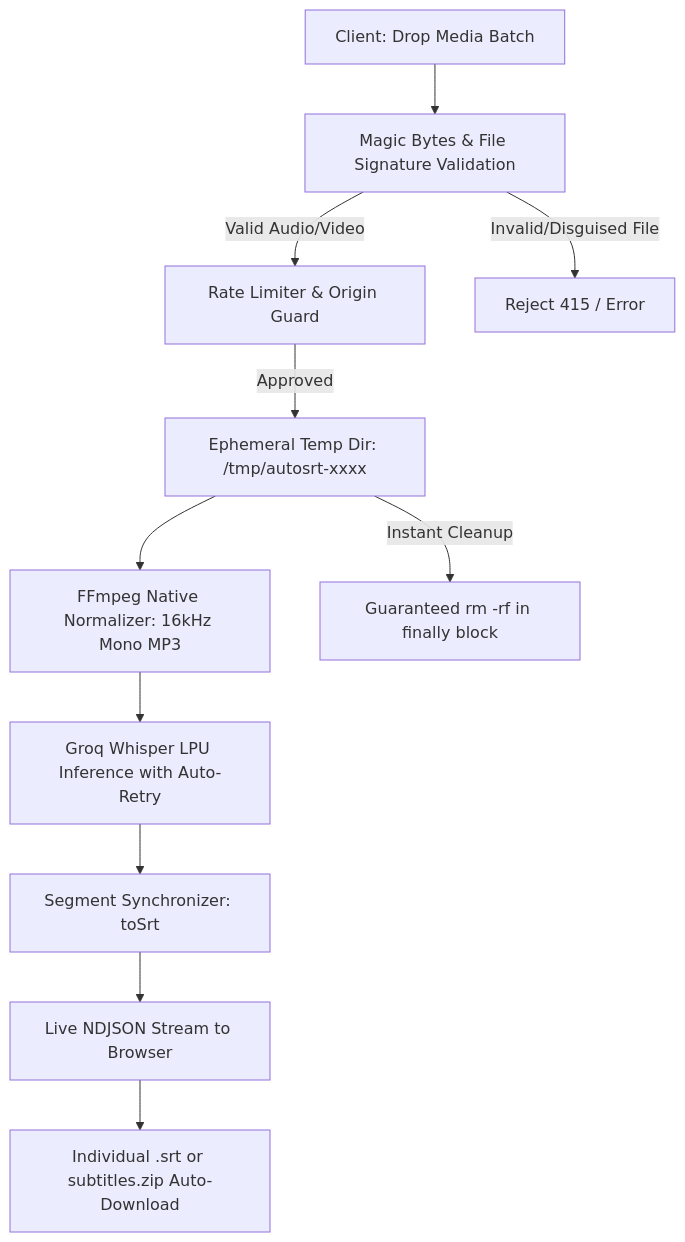
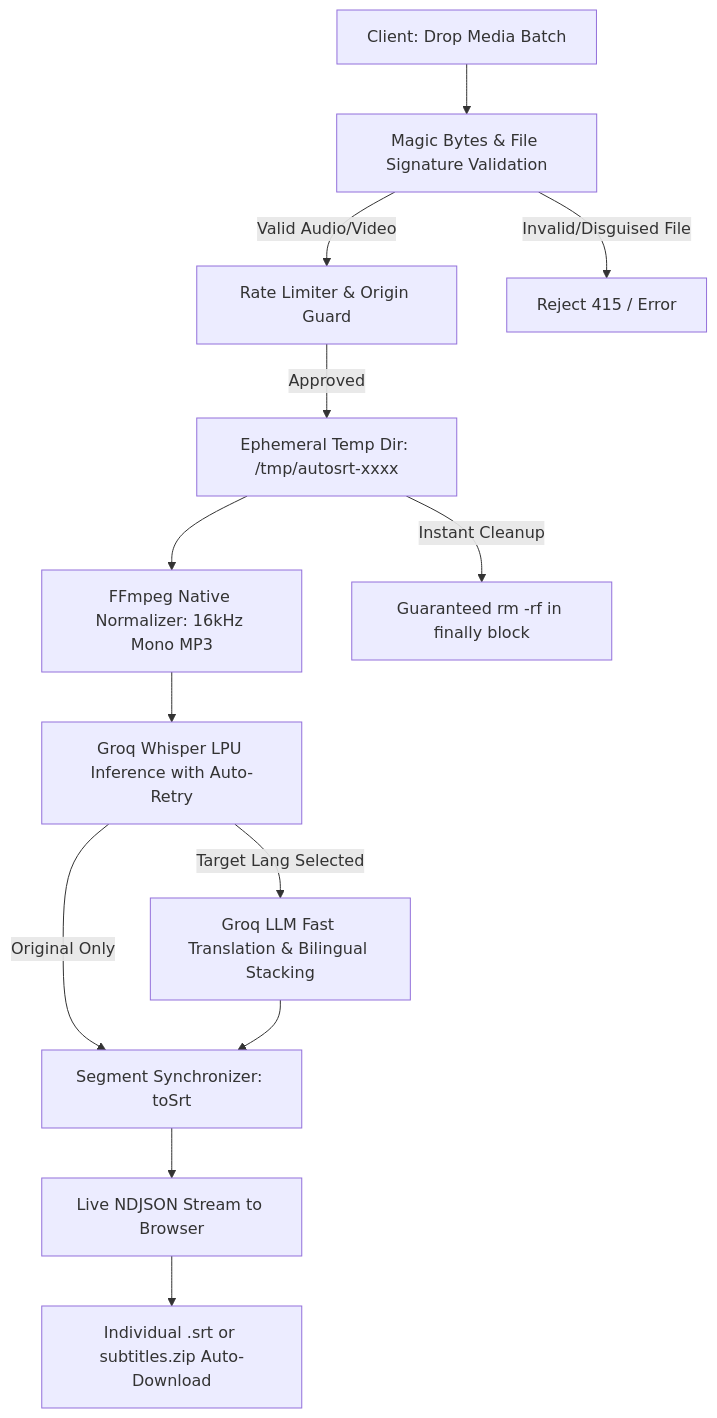
One commit to anassaadhamad/AutoSRT changed the diagram in README.md. Above: the diagram before and after it, drawn with Mermaid. The commit also changed other lines of this file and 4 other files, not shown here.

Commit message:
feat: add AI multi-language subtitle translation and bilingual mode to web and desktop

````diff
--- a/README.md
+++ b/README.md
@@ -46,13 +48,15 @@
 ```mermaid
 flowchart TD
     A[Client: Drop Media Batch] --> B[Magic Bytes & File Signature Validation]
     B -->|Valid Audio/Video| C[Rate Limiter & Origin Guard]
     B -->|Invalid/Disguised File| X1[Reject 415 / Error]
     C -->|Approved| D[Ephemeral Temp Dir: /tmp/autosrt-xxxx]
     D --> E[FFmpeg Native Normalizer: 16kHz Mono MP3]
     E --> F[Groq Whisper LPU Inference with Auto-Retry]
-    F --> G[Segment Synchronizer: toSrt]
+    F -->|Target Lang Selected| T[Groq LLM Fast Translation & Bilingual Stacking]
+    F -->|Original Only| G[Segment Synchronizer: toSrt]
+    T --> G
     G --> H[Live NDJSON Stream to Browser]
     H --> I[Individual .srt or subtitles.zip Auto-Download]
     D -->|Instant Cleanup| J[Guaranteed rm -rf in finally block]
 ```
````
